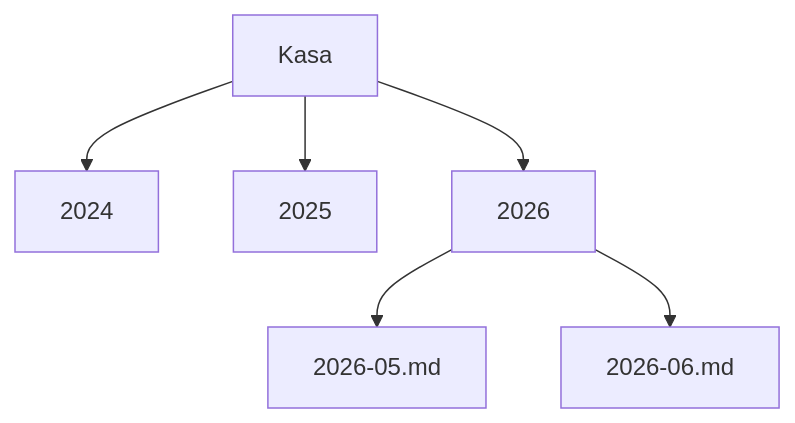
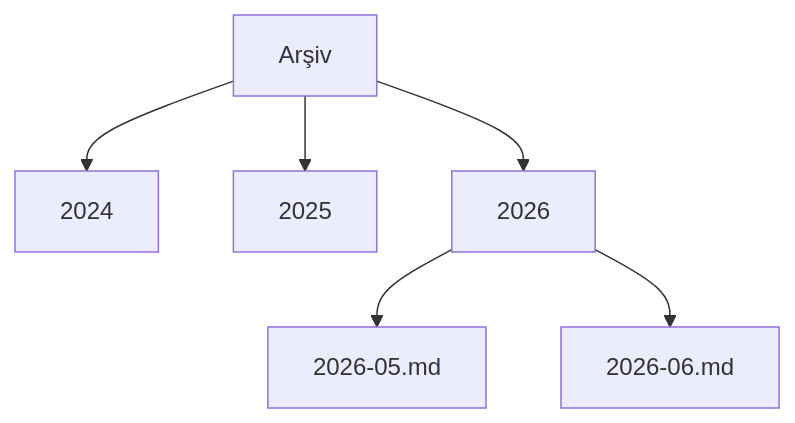
Before and after one commit to TheGoatPsy/claude-code-for-social-scientists: the second of 3 diagrams in booklets/004-vault-architecture/004-01-0001/tr.md, drawn with Mermaid. The commit also changed other lines of this file and 37 other files, not shown here.

````diff
--- a/booklets/004-vault-architecture/004-01-0001/tr.md
+++ b/booklets/004-vault-architecture/004-01-0001/tr.md
@@ -66,8 +66,8 @@
 ```mermaid
 flowchart TD
-  V[Kasa] --> Y1[2024]
+  V[Arşiv] --> Y1[2024]
   V --> Y2[2025]
   V --> Y3[2026]
   Y3 --> M1[2026-05.md]
   Y3 --> M2[2026-06.md]
 ```
````
